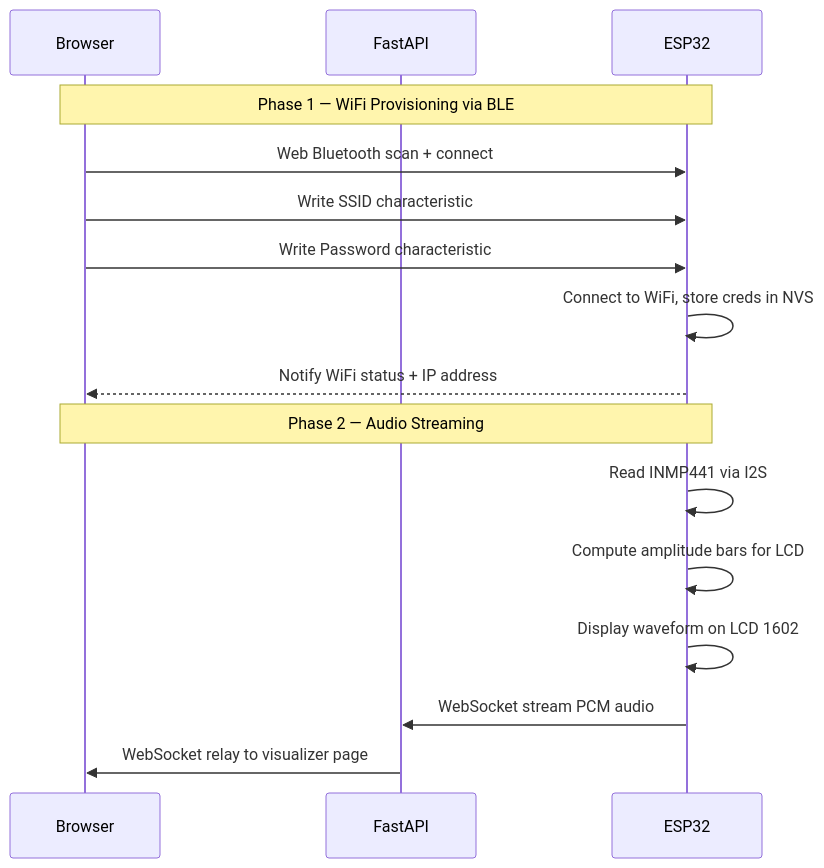
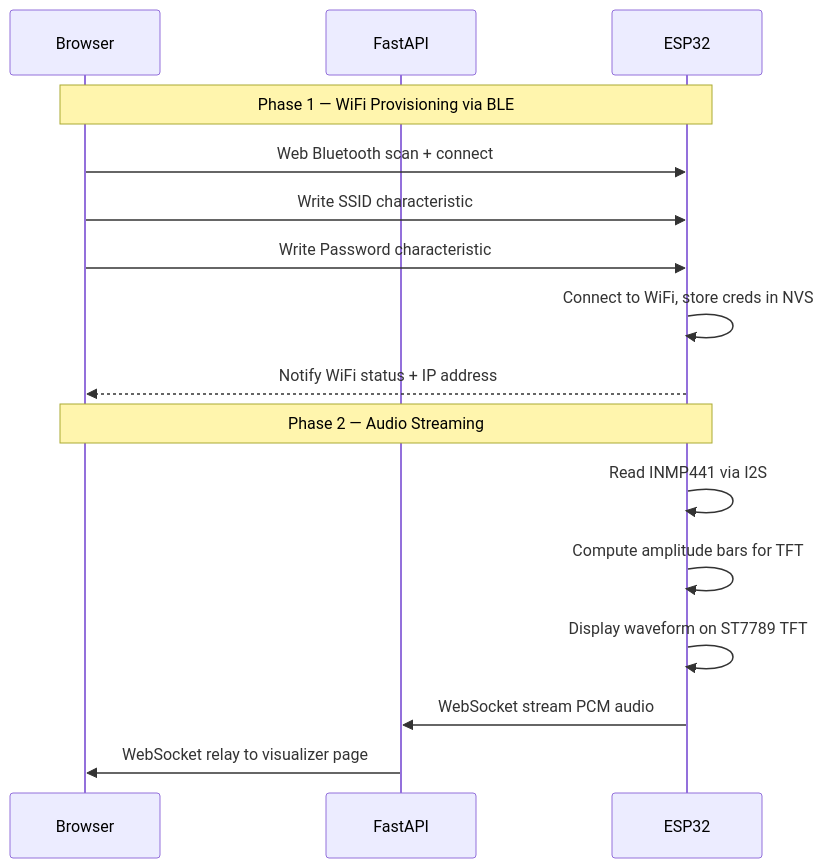
Before and after one commit to raynardj/wizardoz: the second of 3 diagrams in src/README.md, drawn with Mermaid. The commit also changed other lines of this file and 9 other files, not shown here.

````diff
--- a/src/README.md
+++ b/src/README.md
@@ -72,20 +87,20 @@
 ```mermaid
 sequenceDiagram
     participant Browser
     participant FastAPI
     participant ESP32
 
     Note over Browser,ESP32: Phase 1 — WiFi Provisioning via BLE
     Browser->>ESP32: Web Bluetooth scan + connect
     Browser->>ESP32: Write SSID characteristic
     Browser->>ESP32: Write Password characteristic
     ESP32->>ESP32: Connect to WiFi, store creds in NVS
     ESP32-->>Browser: Notify WiFi status + IP address
 
     Note over Browser,ESP32: Phase 2 — Audio Streaming
     ESP32->>ESP32: Read INMP441 via I2S
-    ESP32->>ESP32: Compute amplitude bars for LCD
-    ESP32->>ESP32: Display waveform on LCD 1602
+    ESP32->>ESP32: Compute amplitude bars for TFT
+    ESP32->>ESP32: Display waveform on ST7789 TFT
     ESP32->>FastAPI: WebSocket stream PCM audio
     FastAPI->>Browser: WebSocket relay to visualizer page
 ```
````
